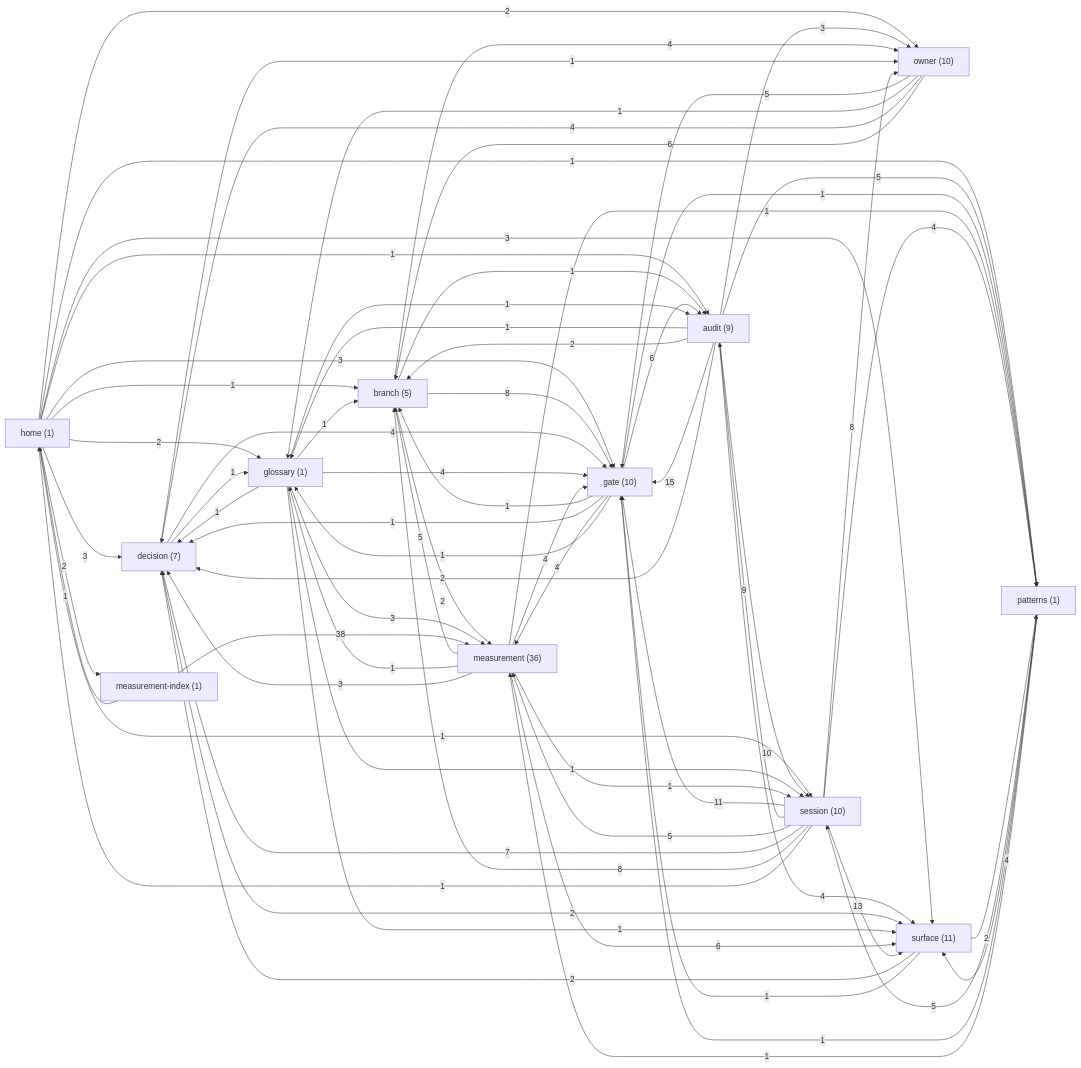
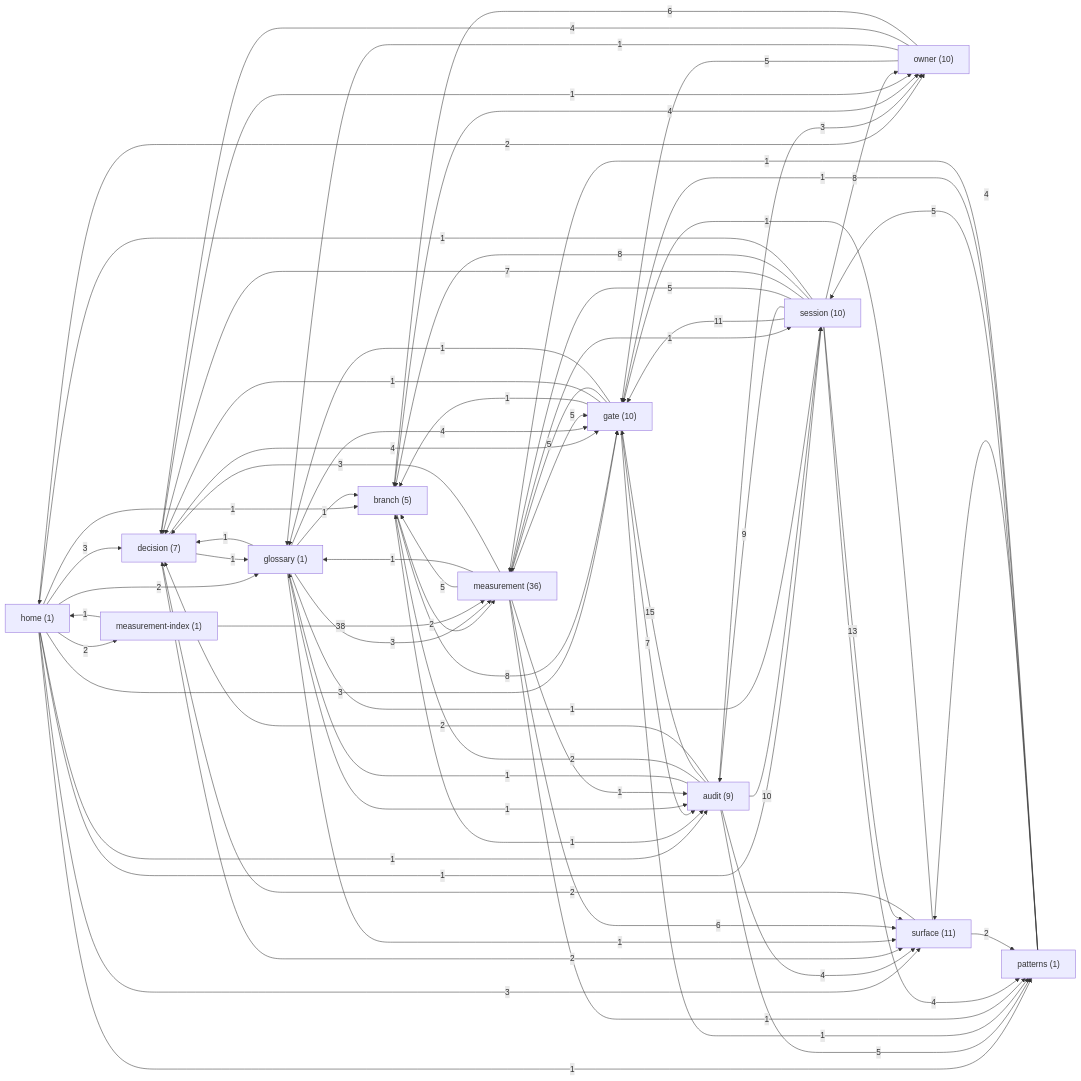
The diagram in docs/brain/GRAPH.md (sergey9519546/STORYMACHINE), drawn with Mermaid before and after one commit. The commit also changed other lines of this file and 12 other files, not shown here.

```diff
--- a/docs/brain/GRAPH.md
+++ b/docs/brain/GRAPH.md
@@ -47,9 +47,9 @@
   decision -->|2| surface
   decision -->|1| owner
   gate -->|1| branch
-  gate -->|6| audit
+  gate -->|7| audit
   gate -->|1| decision
-  gate -->|4| measurement
+  gate -->|5| measurement
   gate -->|1| patterns
   gate -->|1| glossary
   glossary -->|1| branch
@@ -60,8 +60,9 @@
   glossary -->|1| decision
   glossary -->|1| audit
   measurement -->|5| branch
-  measurement -->|4| gate
+  measurement -->|5| gate
   measurement -->|1| glossary
+  measurement -->|1| audit
   measurement -->|1| session
   measurement -->|3| decision
   measurement -->|1| patterns
```
